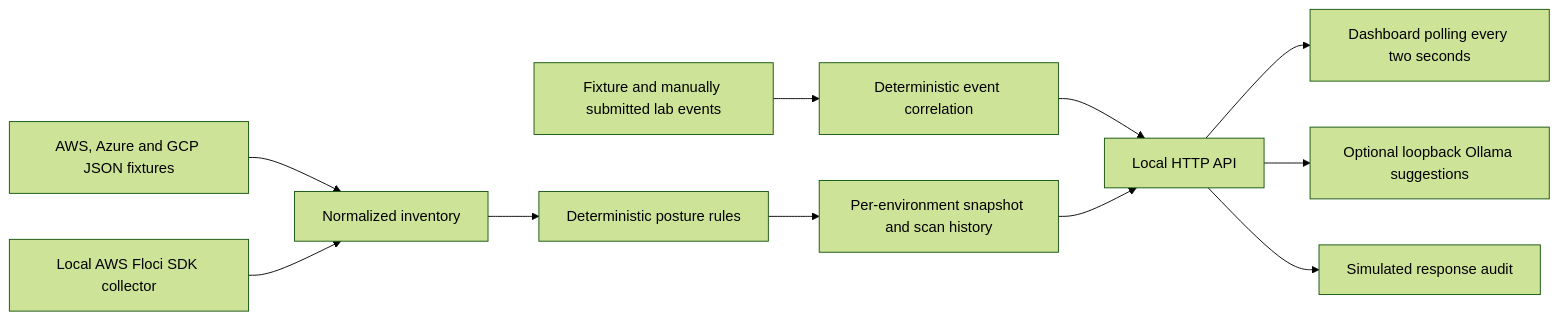
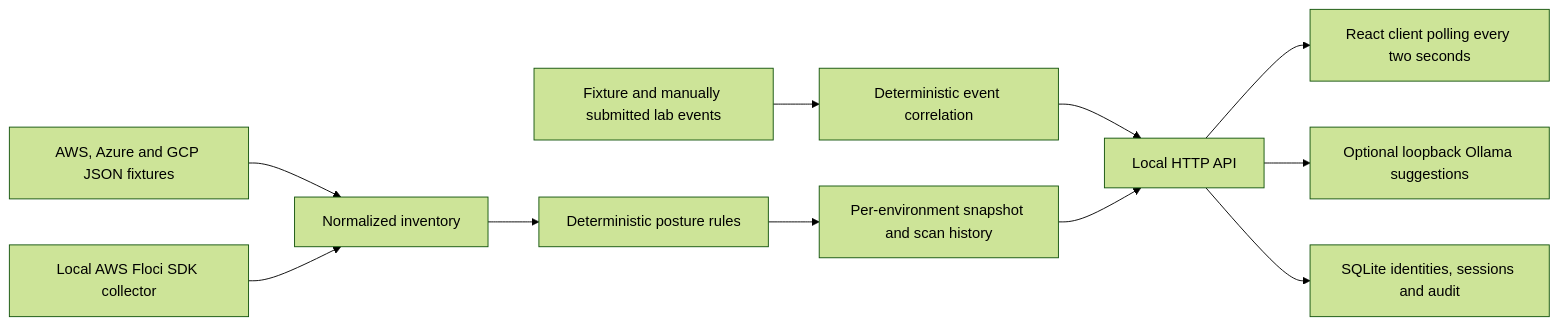
One commit to Cube14/CloudSentinel changed the diagram in docs/architecture.md. Above: the diagram before and after it, drawn with Mermaid (forest theme). The commit also changed other lines of this file and 3 other files, not shown here.

````diff
--- a/docs/architecture.md
+++ b/docs/architecture.md
@@ -3,13 +3,13 @@
 ```mermaid
 flowchart LR
     A[AWS, Azure and GCP JSON fixtures] --> B[Normalized inventory]
     F[Local AWS Floci SDK collector] --> B
     B --> C[Deterministic posture rules]
     C --> S[Per-environment snapshot and scan history]
     E[Fixture and manually submitted lab events] --> G[Deterministic event correlation]
     G --> H[Local HTTP API]
     S --> H
-    H --> I[Dashboard polling every two seconds]
+    H --> I[React client polling every two seconds]
     H --> J[Optional loopback Ollama suggestions]
-    H --> K[Simulated response audit]
+    H --> K[SQLite identities, sessions and audit]
 ```
````
